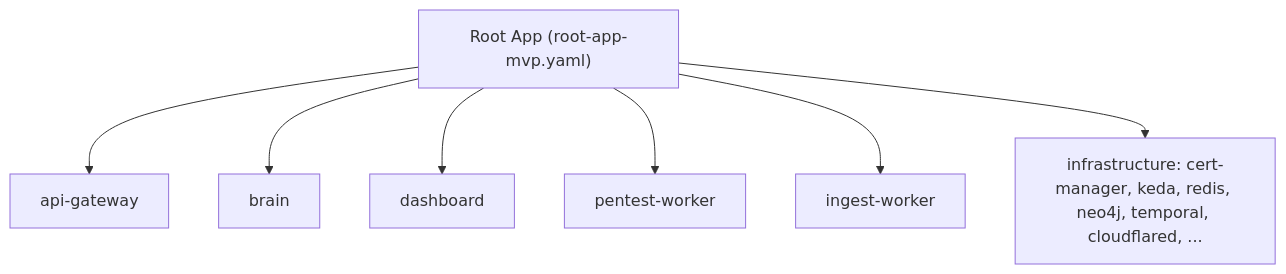
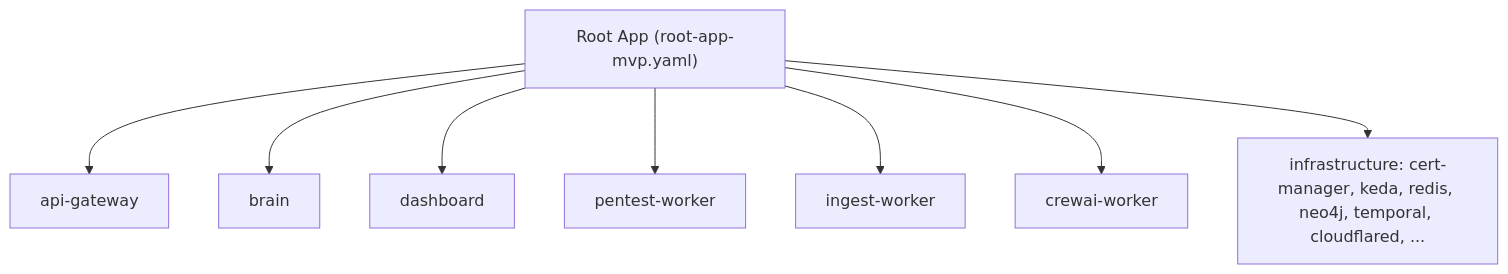
Before and after one commit to Aegis-AI-Organizations/Aegis-AI-Documentation: the diagram in docs/Infra/gitops-argocd.md, drawn with Mermaid. The commit also changed other lines of this file and 7 other files, not shown here.

````diff
--- a/docs/Infra/gitops-argocd.md
+++ b/docs/Infra/gitops-argocd.md
@@ -12,9 +12,10 @@
 ```mermaid
 flowchart TD
     Root["Root App (root-app-mvp.yaml)"] --> GW[api-gateway]
     Root --> Brain[brain]
     Root --> Dash[dashboard]
     Root --> Pen[pentest-worker]
     Root --> Ing[ingest-worker]
+    Root --> Crew[crewai-worker]
     Root --> Infra["infrastructure: cert-manager, keda, redis, neo4j, temporal, cloudflared, ..."]
 ```
````
